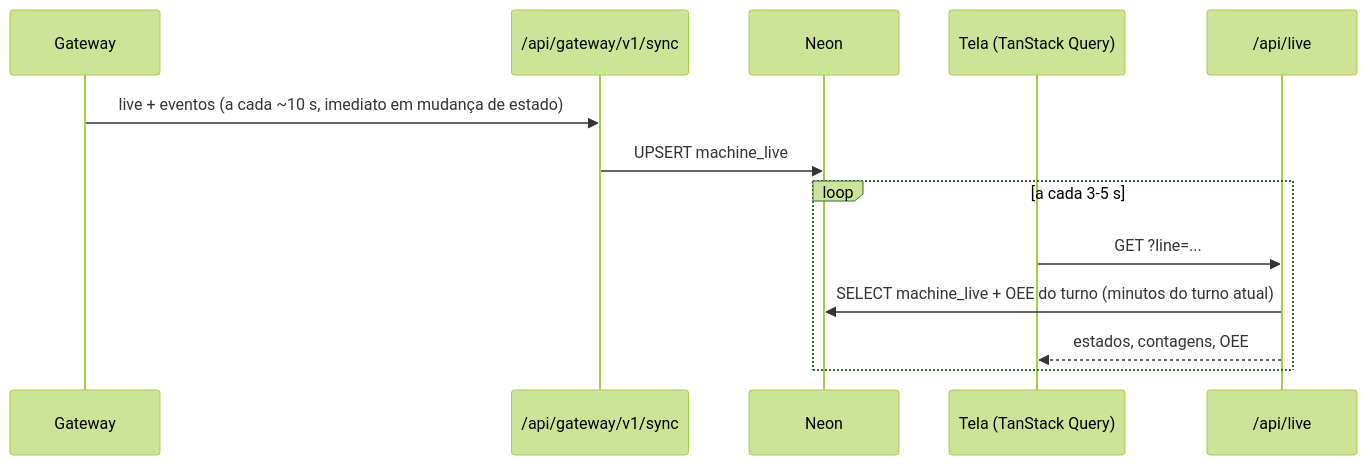
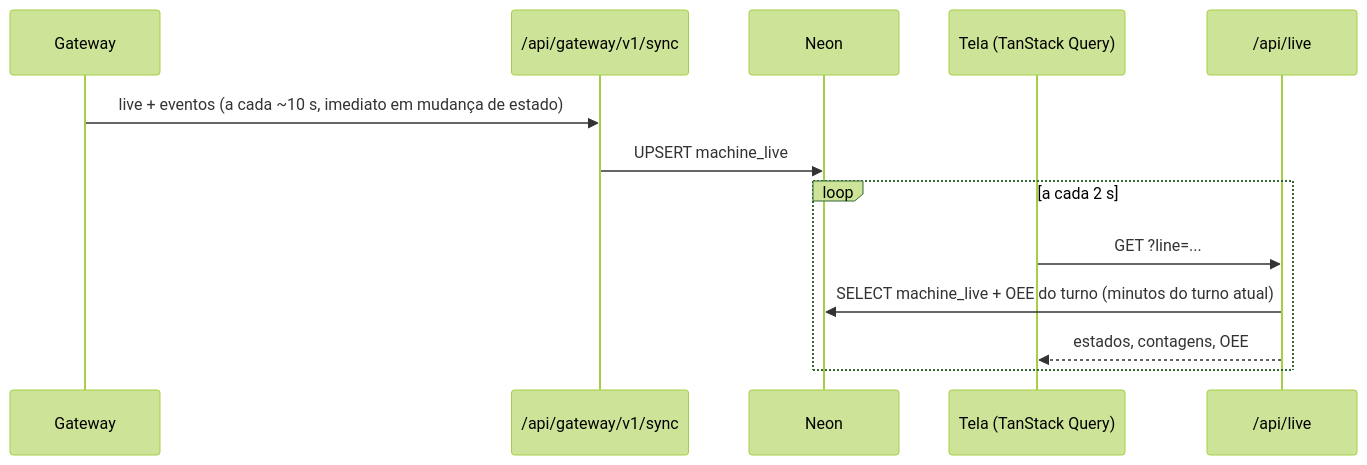
Before and after one commit to EngemaseAutomacao/Engemase-OEE: the second of 2 diagrams in docs/05-plataforma-web.md, drawn with Mermaid (forest theme). The commit also changed other lines of this file and 12 other files, not shown here.

````diff
--- a/docs/05-plataforma-web.md
+++ b/docs/05-plataforma-web.md
@@ -107,16 +124,16 @@
 ```mermaid
 sequenceDiagram
   participant GW as Gateway
   participant API as /api/gateway/v1/sync
   participant DB as Neon
   participant UI as Tela (TanStack Query)
   participant LIVE as /api/live
 
   GW->>API: live + eventos (a cada ~10 s, imediato em mudança de estado)
   API->>DB: UPSERT machine_live
-  loop a cada 3-5 s
+  loop a cada 2 s
     UI->>LIVE: GET ?line=...
     LIVE->>DB: SELECT machine_live + OEE do turno (minutos do turno atual)
     LIVE-->>UI: estados, contagens, OEE
   end
 ```
````
